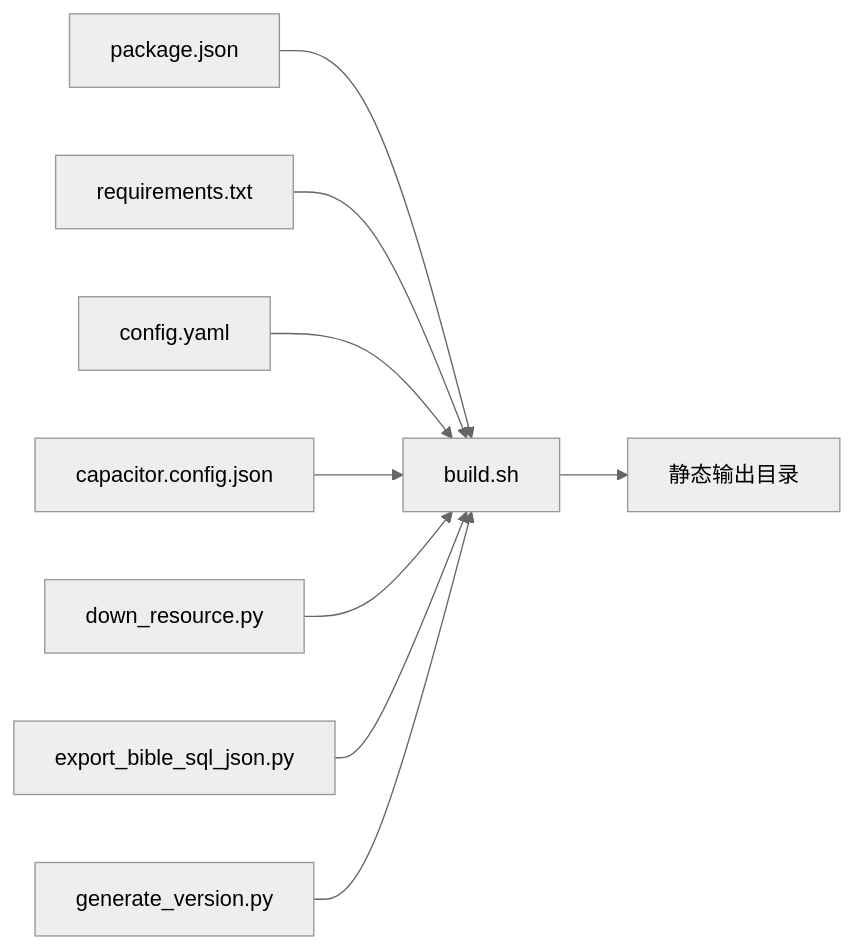
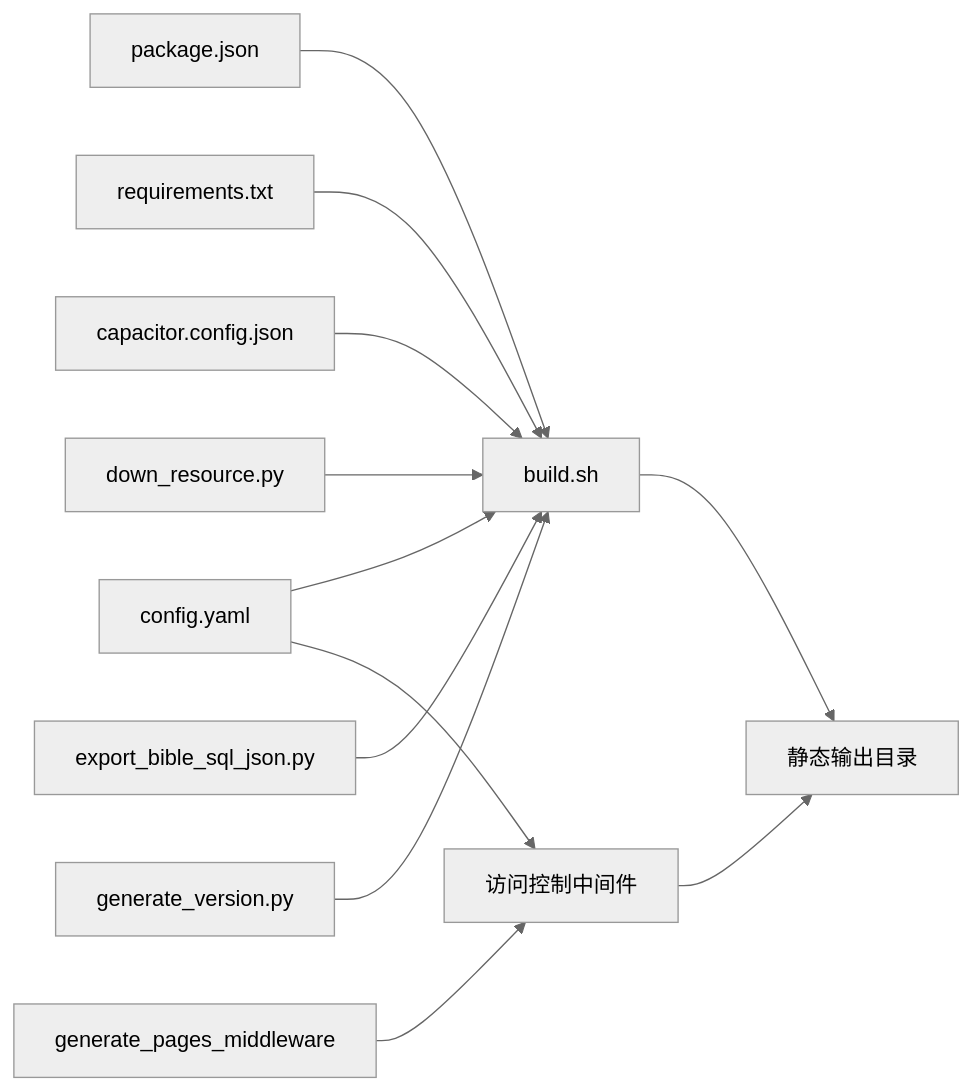
One commit to zhao-zg/cx changed the fourth of 4 diagrams in .qoder/repowiki/zh/content/部署发布/Web部署.md. Above: the diagram before and after it, drawn with Mermaid (neutral theme). The commit also changed other lines of this file and 36 other files, not shown here.

````diff
--- a/.qoder/repowiki/zh/content/部署发布/Web部署.md
+++ b/.qoder/repowiki/zh/content/部署发布/Web部署.md
@@ -204,11 +269,14 @@
 ```mermaid
 graph LR
 Pkg["package.json"] --> BS["build.sh"]
 Req["requirements.txt"] --> BS
 CFG["config.yaml"] --> BS
+CFG --> MW["访问控制中间件"]
 CAP["capacitor.config.json"] --> BS
 Down["down_resource.py"] --> BS
 Exp["export_bible_sql_json.py"] --> BS
 GenV["generate_version.py"] --> BS
+MWGen["generate_pages_middleware"] --> MW
 BS --> Out["静态输出目录"]
+MW --> Out
 ```
````
